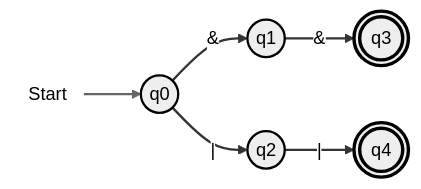
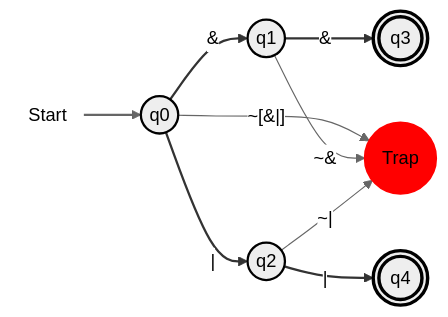
Before and after one commit to CS-Tiny-Compiler/a-tiny-compiler: the ninth of 9 diagrams in docs/DFA.md, drawn with Mermaid (neutral theme). The commit also changed other lines of this file, not shown here.

Commit message:
added Trap for Conditional Operators and Boolean Operators DFA

````diff
--- a/docs/DFA.md
+++ b/docs/DFA.md
@@ -232,16 +235,20 @@
 ```mermaid
 flowchart LR
   start(((Start))):::startNode --> q0(("q0")):::normal
   q0 --> |#38;| q1(("q1")):::normal
   q1 --> |#38;| q3((("q3"))):::finalState
   q0 --> |#124;| q2(("q2")):::normal
   q2 --> |#124;| q4((("q4"))):::finalState
+  q0 --> |"~[#38;#124;]"| trap((("Trap"))):::trap
+  q1 --> |"~#38;"| trap((("Trap"))):::trap
+  q2 --> |"~#124;"| trap((("Trap"))):::trap
  
 
   classDef startNode fill:none,stroke:none;
   classDef normal stroke:#000,stroke-width:2px;
   classDef finalState stroke:#000,stroke-width:3px;
+  classDef trap fill:#f00,stroke:#f00,stroke-width:2px;
 
   linkStyle 0 stroke-width:2px;
   linkStyle 1,2,3,4 stroke:#333,stroke-width:2px,fill:none;
 ```
````
